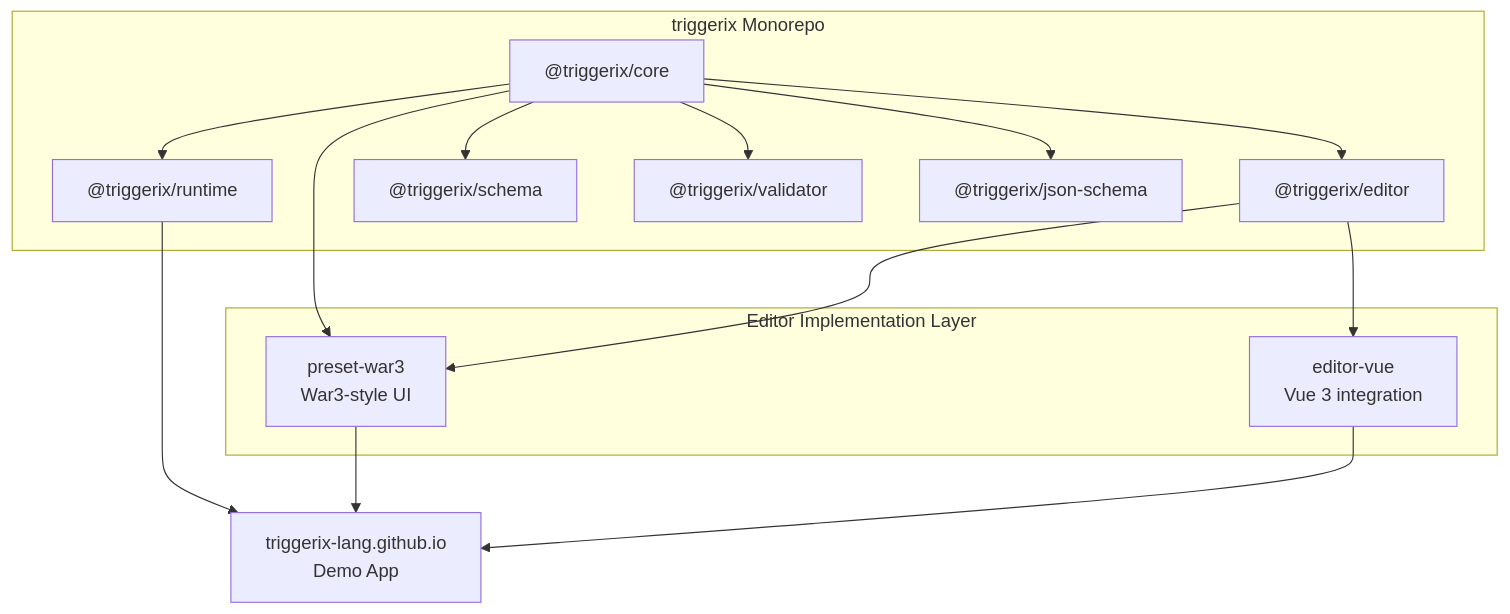
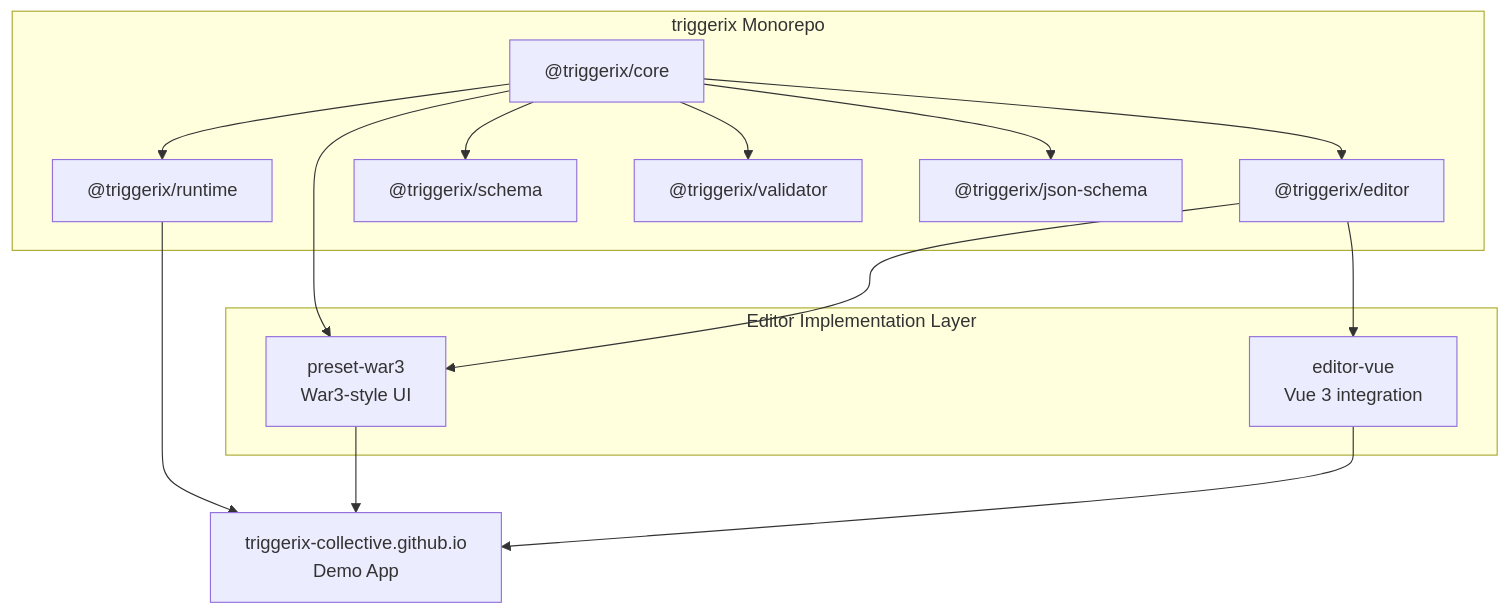
Before and after one commit to triggerix-lang/triggerix-lang.github.io: the second of 4 diagrams in README.md, drawn with Mermaid. The commit also changed other lines of this file and 3 other files, not shown here.

Commit message:
chore: rename repo to triggerix-collective

````diff
--- a/README.md
+++ b/README.md
@@ -147,31 +147,31 @@
 ```mermaid
 graph TD
     subgraph Mono["triggerix Monorepo"]
         Core2["@triggerix/core"]
         Runtime2["@triggerix/runtime"]
         Editor2["@triggerix/editor"]
         Schema2["@triggerix/schema"]
         Validator2["@triggerix/validator"]
         JsonSchema2["@triggerix/json-schema"]
         Core2 --> Runtime2
         Core2 --> Editor2
         Core2 --> Schema2
         Core2 --> Validator2
         Core2 --> JsonSchema2
     end
 
     subgraph Adapters["Editor Implementation Layer"]
         Preset["preset-war3<br/>War3-style UI"]
         VueLib["editor-vue<br/>Vue 3 integration"]
     end
 
-    Demo["triggerix-lang.github.io<br/>Demo App"]
+    Demo["triggerix-collective.github.io<br/>Demo App"]
 
     Core2 --> Preset
     Editor2 --> Preset
     Editor2 --> VueLib
 
     Runtime2 --> Demo
     Preset --> Demo
     VueLib --> Demo
 ```
````
